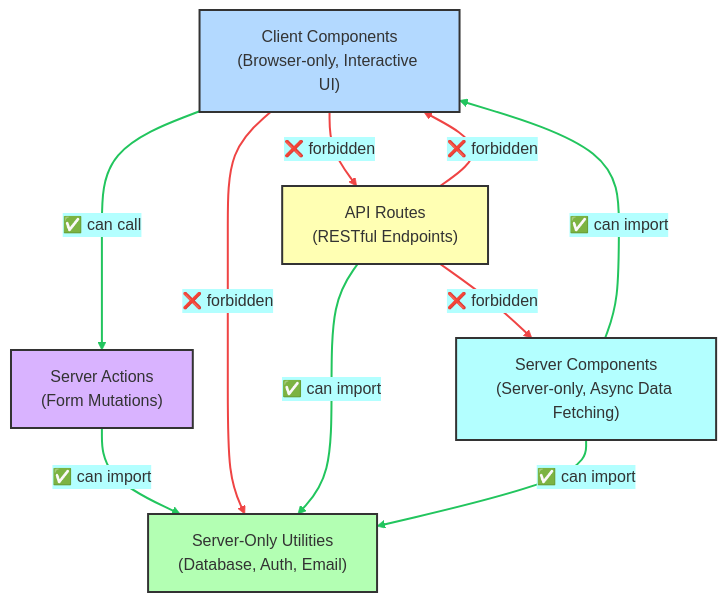
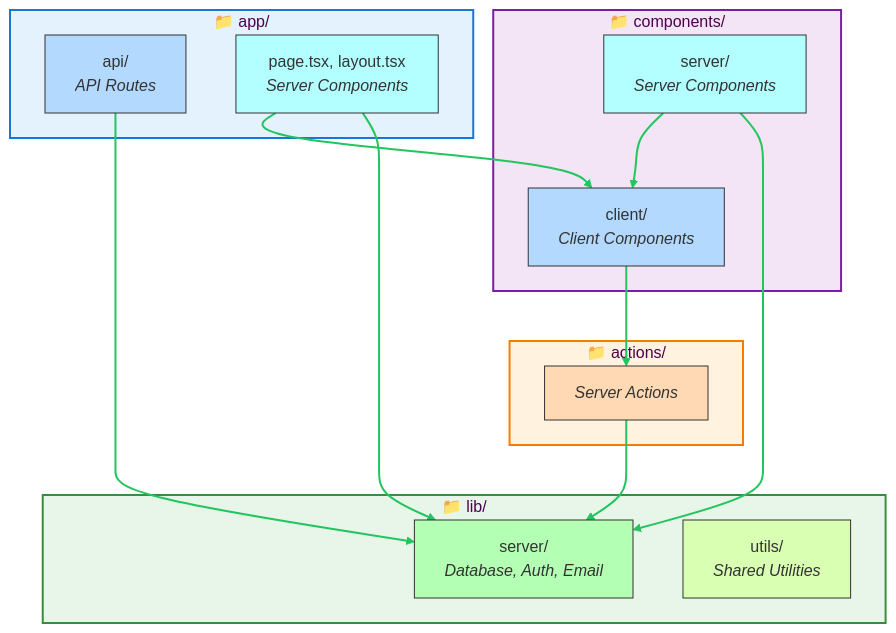
One commit to stricture-dev/stricture changed the diagram in examples/simple-nextjs/README.md. Above: the diagram before and after it, drawn with Mermaid. The commit also changed 1 other file, not shown here.

Commit message:
refactor: redesign nextjs diagrams with folder structure and green-only arrows
Replace abstract component diagram with folder-based layout that directly
maps to the project structure:

- Use nested subgraphs for parent folders (app/, components/, actions/, lib/)
- Show subfolders (server/, client/, api/, utils/) inside parent folders
- Remove all red 'forbidden' arrows - absence of arrow indicates restriction
- Add folder icons (📁) for visual clarity
- Color-code each folder group with distinct borders
- Only show allowed dependencies with green arrows

Benefits:
- Immediately clear where to place files
- Direct 1:1 mapping with actual project structure
- Cleaner visual with no negative/forbidden indicators
- Easier to understand at a glance

````diff
--- a/examples/simple-nextjs/README.md
+++ b/examples/simple-nextjs/README.md
@@ -21,28 +21,45 @@
 ```mermaid
 %%{init: {'theme':'base', 'themeVariables': { 'primaryColor':'hsl(210, 100%, 85%)','primaryBorderColor':'hsl(210, 100%, 70%)','secondaryColor':'hsl(180, 100%, 85%)','secondaryBorderColor':'hsl(180, 100%, 70%)','tertiaryColor':'hsl(120, 100%, 85%)','tertiaryBorderColor':'hsl(120, 100%, 70%)'}}}%%
 graph TB
-    Client["Client Components<br/>(Browser-only, Interactive UI)"]
-    Server["Server Components<br/>(Server-only, Async Data Fetching)"]
-    ServerUtils["Server-Only Utilities<br/>(Database, Auth, Email)"]
-    Actions["Server Actions<br/>(Form Mutations)"]
-    API["API Routes<br/>(RESTful Endpoints)"]
+    subgraph app["📁 app/"]
+        AppAPI["api/<br/><i>API Routes</i>"]
+        AppPages["page.tsx, layout.tsx<br/><i>Server Components</i>"]
+    end
 
-    Server -->|"✅ can import"| Client
-    Server -->|"✅ can import"| ServerUtils
-    Client -->|"✅ can call"| Actions
-    Client -->|"❌ forbidden"| ServerUtils
-    Client -->|"❌ forbidden"| API
-    Actions -->|"✅ can import"| ServerUtils
-    API -->|"✅ can import"| ServerUtils
-    API -->|"❌ forbidden"| Client
-    API -->|"❌ forbidden"| Server
+    subgraph components["📁 components/"]
+        CompServer["server/<br/><i>Server Components</i>"]
+        CompClient["client/<br/><i>Client Components</i>"]
+    end
 
-    style Client fill:#b3d9ff,stroke:#333,stroke-width:2px
-    style Server fill:#b3ffff,stroke:#333,stroke-width:2px
-    style ServerUtils fill:#b3ffb3,stroke:#333,stroke-width:2px
-    style Actions fill:#d9b3ff,stroke:#333,stroke-width:2px
-    style API fill:#ffffb3,stroke:#333,stroke-width:2px
+    subgraph actions["📁 actions/"]
+        Actions["<i>Server Actions</i>"]
+    end
 
-    linkStyle 0,1,2,5,6 stroke:#22c55e,stroke-width:2px
-    linkStyle 3,4,7,8 stroke:#ef4444,stroke-width:2px
+    subgraph lib["📁 lib/"]
+        LibServer["server/<br/><i>Database, Auth, Email</i>"]
+        LibUtils["utils/<br/><i>Shared Utilities</i>"]
+    end
+
+    AppPages --> CompClient
+    AppPages --> LibServer
+    AppAPI --> LibServer
+    CompServer --> CompClient
+    CompServer --> LibServer
+    CompClient --> Actions
+    Actions --> LibServer
+
+    style app fill:#e3f2fd,stroke:#1976d2,stroke-width:2px
+    style components fill:#f3e5f5,stroke:#7b1fa2,stroke-width:2px
+    style actions fill:#fff3e0,stroke:#f57c00,stroke-width:2px
+    style lib fill:#e8f5e9,stroke:#388e3c,stroke-width:2px
+
+    style AppAPI fill:#b3d9ff,stroke:#333,stroke-width:1px
+    style AppPages fill:#b3ffff,stroke:#333,stroke-width:1px
+    style CompServer fill:#b3ffff,stroke:#333,stroke-width:1px
+    style CompClient fill:#b3d9ff,stroke:#333,stroke-width:1px
+    style Actions fill:#ffd9b3,stroke:#333,stroke-width:1px
+    style LibServer fill:#b3ffb3,stroke:#333,stroke-width:1px
+    style LibUtils fill:#d9ffb3,stroke:#333,stroke-width:1px
+
+    linkStyle 0,1,2,3,4,5,6 stroke:#22c55e,stroke-width:2px
 ```
````
